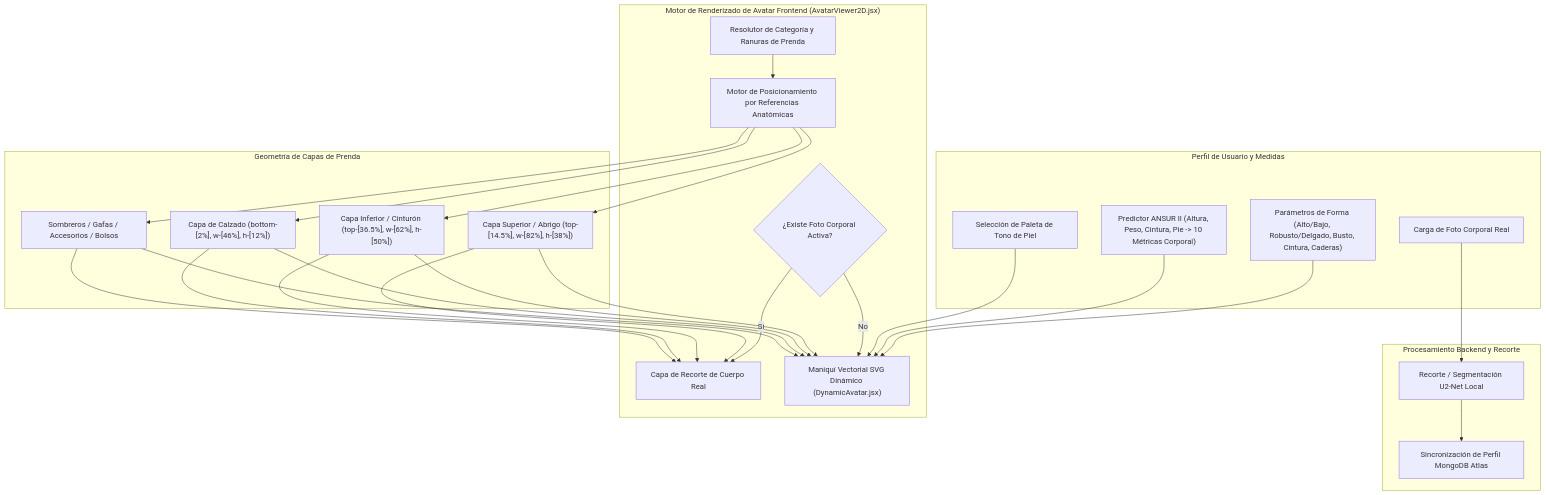
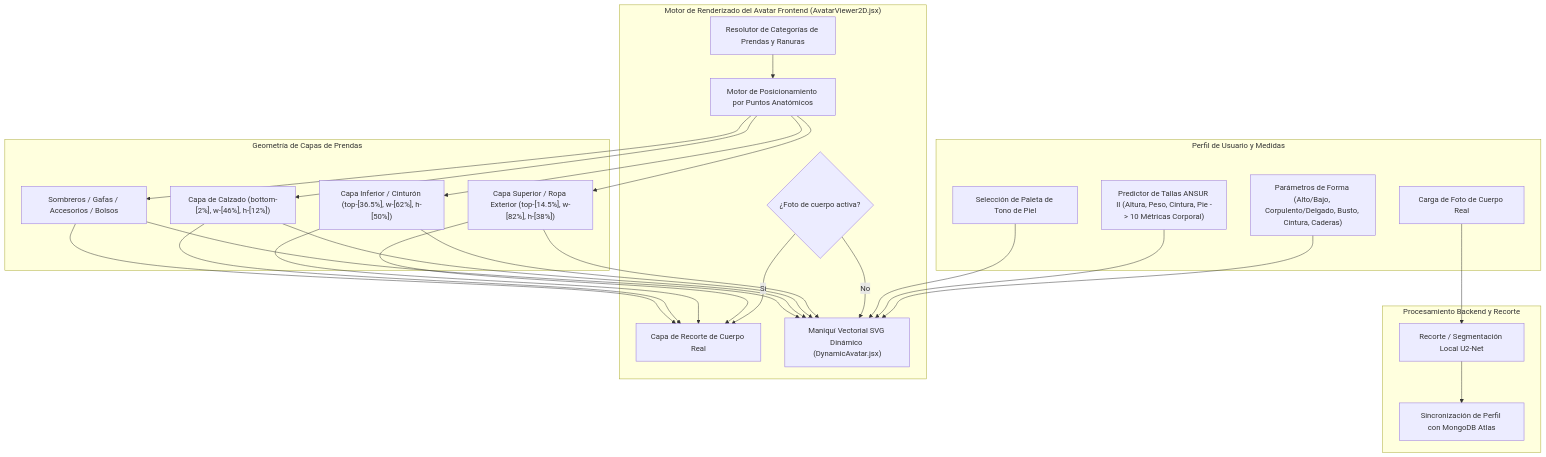
Before and after one commit to Yoram-Jacobs/DressAppV1: the diagram in wiki/es/Avatar.md, drawn with Mermaid. The commit also changed other lines of this file and 11 other files, not shown here.

Commit message:
docs(i18n): translate Avatar.md architecture guide across all 12 supported languages

````diff
--- a/wiki/es/Avatar.md
+++ b/wiki/es/Avatar.md
@@ -17,41 +17,41 @@
 ```mermaid
 flowchart TD
     subgraph UserProfile["Perfil de Usuario y Medidas"]
-        U_Photo["Carga de Foto Corporal Real"]
+        U_Photo["Carga de Foto de Cuerpo Real"]
         U_Tone["Selección de Paleta de Tono de Piel"]
-        U_Params["Parámetros de Forma (Alto/Bajo, Robusto/Delgado, Busto, Cintura, Caderas)"]
-        U_Sizing["Predictor ANSUR II (Altura, Peso, Cintura, Pie -> 10 Métricas Corporal)"]
+        U_Params["Parámetros de Forma (Alto/Bajo, Corpulento/Delgado, Busto, Cintura, Caderas)"]
+        U_Sizing["Predictor de Tallas ANSUR II (Altura, Peso, Cintura, Pie -> 10 Métricas Corporal)"]
     end
 
     subgraph BackendIngest["Procesamiento Backend y Recorte"]
-        Rembg["Recorte / Segmentación U2-Net Local"]
-        Mongo["Sincronización de Perfil MongoDB Atlas"]
+        Rembg["Recorte / Segmentación Local U2-Net"]
+        Mongo["Sincronización de Perfil con MongoDB Atlas"]
     end
 
-    subgraph AvatarEngine["Motor de Renderizado de Avatar Frontend (AvatarViewer2D.jsx)"]
-        ModeCheck{"¿Existe Foto Corporal Activa?"}
+    subgraph AvatarEngine["Motor de Renderizado del Avatar Frontend (AvatarViewer2D.jsx)"]
+        ModeCheck{"¿Foto de cuerpo activa?"}
         PhotoView["Capa de Recorte de Cuerpo Real"]
         MannequinView["Maniquí Vectorial SVG Dinámico (DynamicAvatar.jsx)"]
         
-        GarmentResolver["Resolutor de Categoría y Ranuras de Prenda"]
-        LandmarkCalc["Motor de Posicionamiento por Referencias Anatómicas"]
+        GarmentResolver["Resolutor de Categorías de Prendas y Ranuras"]
+        LandmarkCalc["Motor de Posicionamiento por Puntos Anatómicos"]
     end
 
-    subgraph OverlayGeometry["Geometría de Capas de Prenda"]
-        TopLayer["Capa Superior / Abrigo (top-[14.5%], w-[82%], h-[38%])"]
+    subgraph OverlayGeometry["Geometría de Capas de Prendas"]
+        TopLayer["Capa Superior / Ropa Exterior (top-[14.5%], w-[82%], h-[38%])"]
         BottomLayer["Capa Inferior / Cinturón (top-[36.5%], w-[62%], h-[50%])"]
         ShoesLayer["Capa de Calzado (bottom-[2%], w-[46%], h-[12%])"]
         AccessoryLayers["Sombreros / Gafas / Accesorios / Bolsos"]
     end
 
     U_Photo --> Rembg --> Mongo
     U_Params & U_Sizing --> MannequinView
     U_Tone --> MannequinView
     
     ModeCheck -- Sí --> PhotoView
     ModeCheck -- No --> MannequinView
 
     GarmentResolver --> LandmarkCalc
     LandmarkCalc --> TopLayer & BottomLayer & ShoesLayer & AccessoryLayers
     TopLayer & BottomLayer & ShoesLayer & AccessoryLayers --> PhotoView & MannequinView
 ```
````
